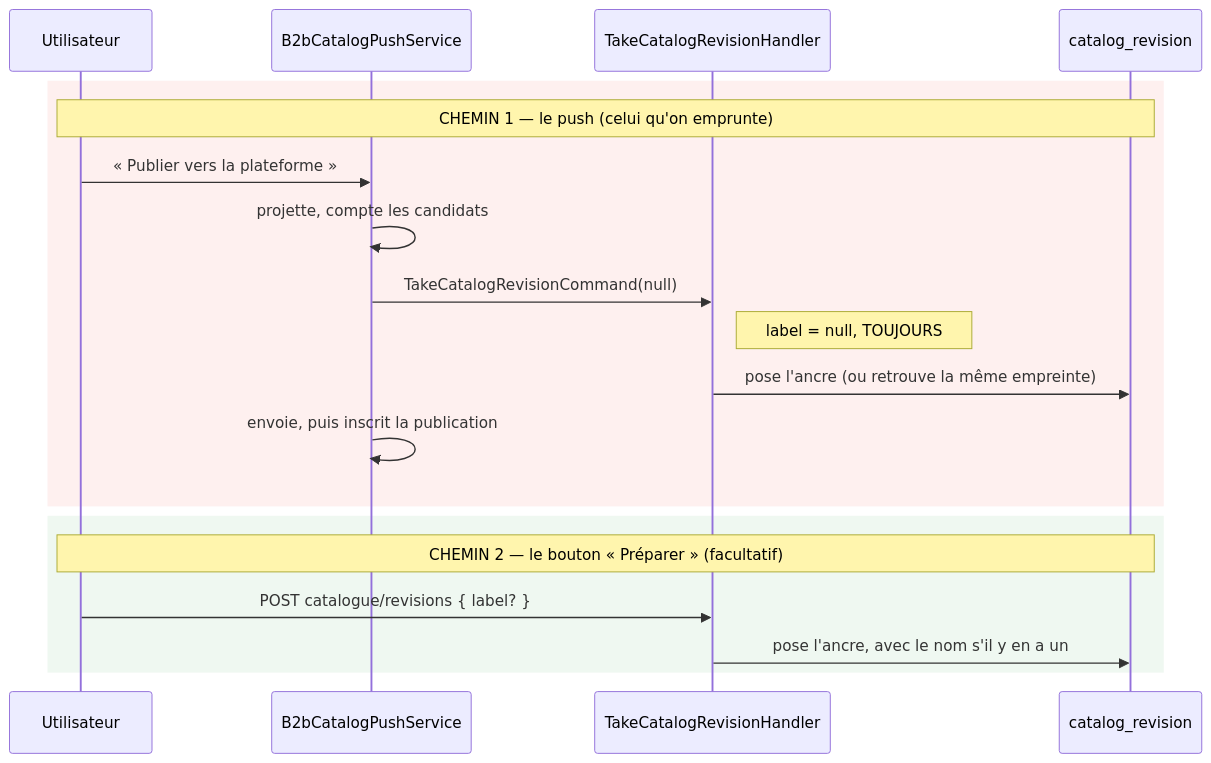
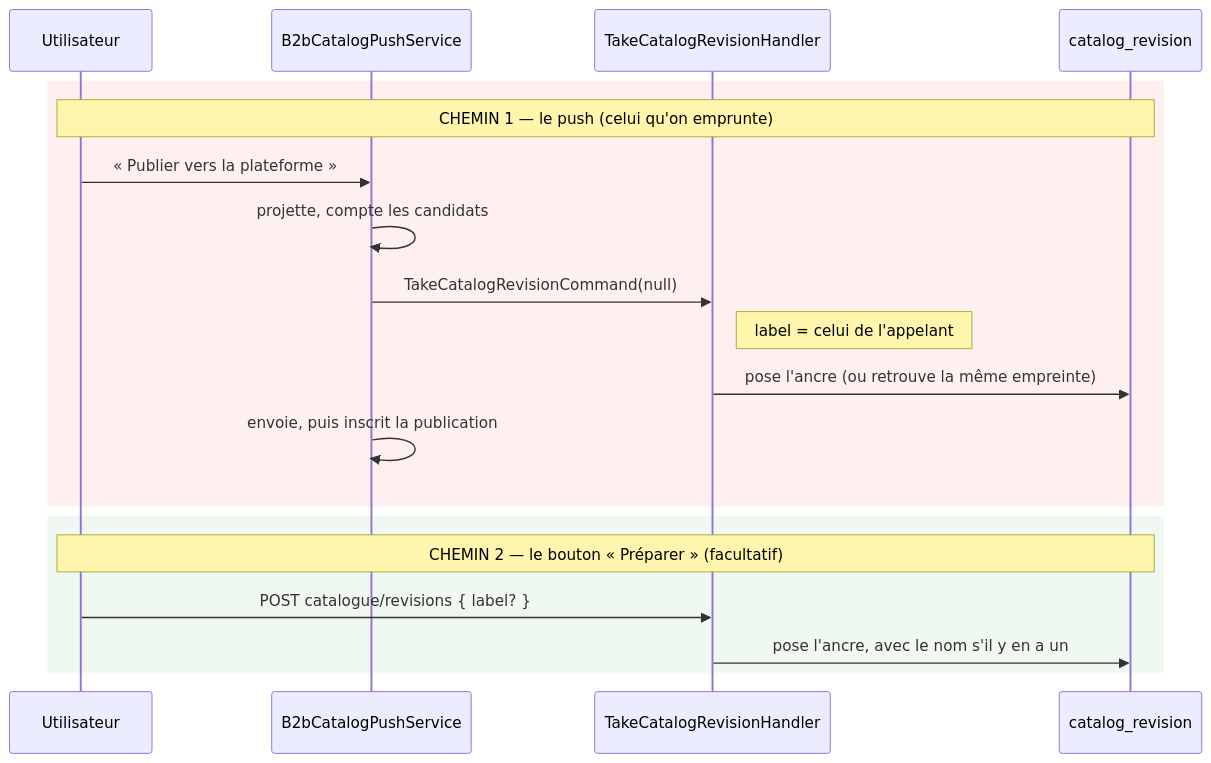
One commit to hugoheynard/lfd changed the second of 3 diagrams in documentation/pim/mecanique-revisions-catalogue.md. Above: the diagram before and after it, drawn with Mermaid. The commit also changed other lines of this file and 17 other files, not shown here.

````diff
--- a/documentation/pim/mecanique-revisions-catalogue.md
+++ b/documentation/pim/mecanique-revisions-catalogue.md
@@ -83,23 +83,23 @@
 ```mermaid
 sequenceDiagram
     participant U as Utilisateur
     participant PS as B2bCatalogPushService
     participant TK as TakeCatalogRevisionHandler
     participant DB as catalog_revision
 
     rect rgba(234,67,53,0.08)
     note over U,DB: CHEMIN 1 — le push (celui qu'on emprunte)
     U->>PS: « Publier vers la plateforme »
     PS->>PS: projette, compte les candidats
     PS->>TK: TakeCatalogRevisionCommand(null)
-    note right of TK: label = null, TOUJOURS
+    note right of TK: label = celui de l'appelant
     TK->>DB: pose l'ancre (ou retrouve la même empreinte)
     PS->>PS: envoie, puis inscrit la publication
     end
 
     rect rgba(52,168,83,0.08)
     note over U,DB: CHEMIN 2 — le bouton « Préparer » (facultatif)
     U->>TK: POST catalogue/revisions { label? }
     TK->>DB: pose l'ancre, avec le nom s'il y en a un
     end
 ```
````
